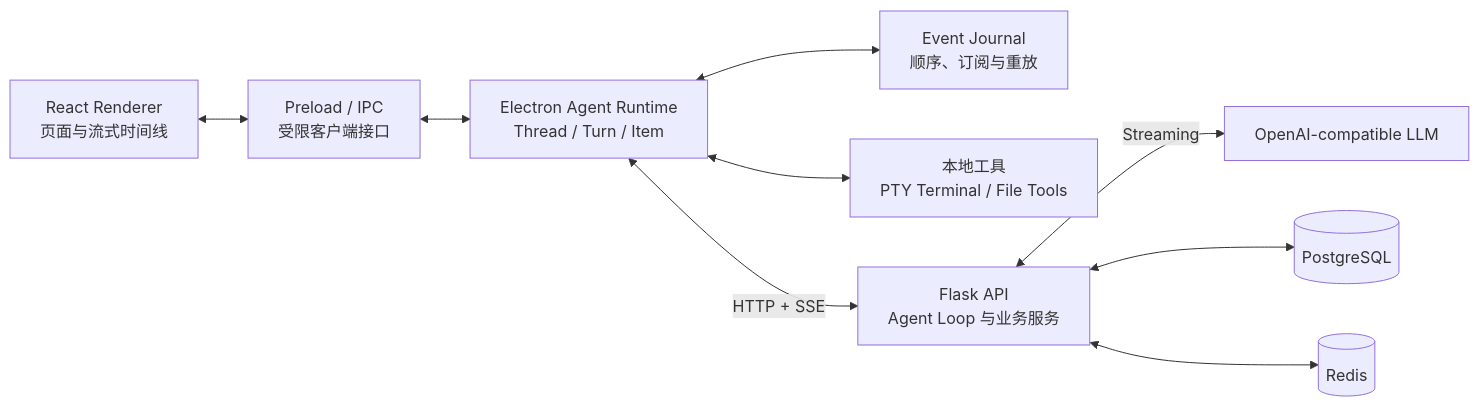
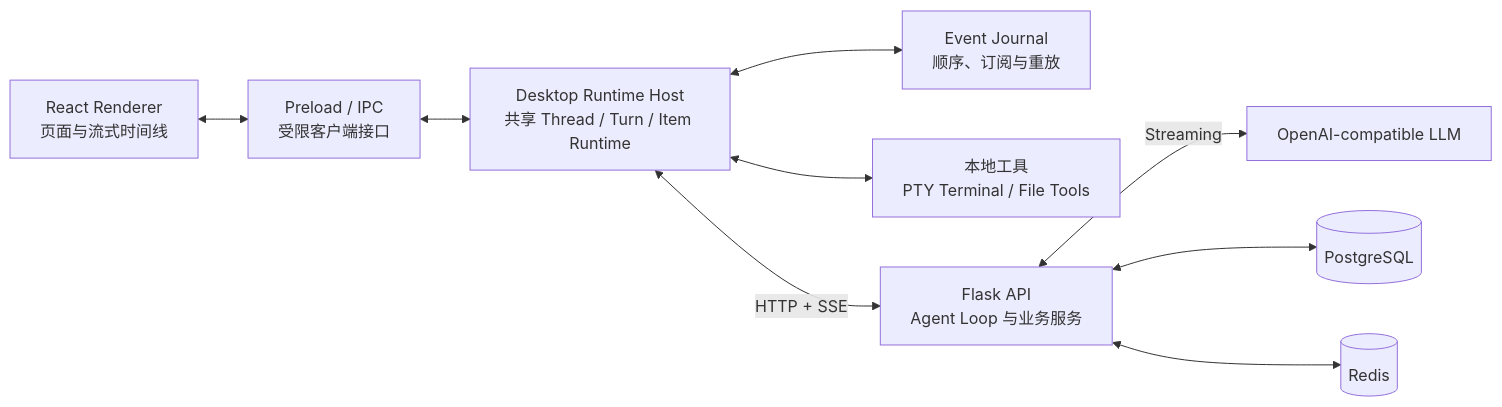
Before and after one commit to Covfefeable/ohmycode: the first of 3 diagrams in README.md, drawn with Mermaid. The commit also changed other lines of this file and 11 other files, not shown here.

Commit message:
refactor: isolate desktop runtime adapters

````diff
--- a/README.md
+++ b/README.md
@@ -39,21 +45,21 @@
 ```mermaid
 flowchart LR
     UI[React Renderer<br/>页面与流式时间线]
     IPC[Preload / IPC<br/>受限客户端接口]
-    RT[Electron Agent Runtime<br/>Thread / Turn / Item]
+    RT[Desktop Runtime Host<br/>共享 Thread / Turn / Item Runtime]
     JOURNAL[Event Journal<br/>顺序、订阅与重放]
     TOOLS[本地工具<br/>PTY Terminal / File Tools]
     API[Flask API<br/>Agent Loop 与业务服务]
     MODEL[OpenAI-compatible LLM]
     DB[(PostgreSQL)]
     CACHE[(Redis)]
 
     UI <--> IPC
     IPC <--> RT
     RT <--> JOURNAL
     RT <--> TOOLS
     RT <-->|HTTP + SSE| API
     API <-->|Streaming| MODEL
     API <--> DB
     API <--> CACHE
 ```
````
